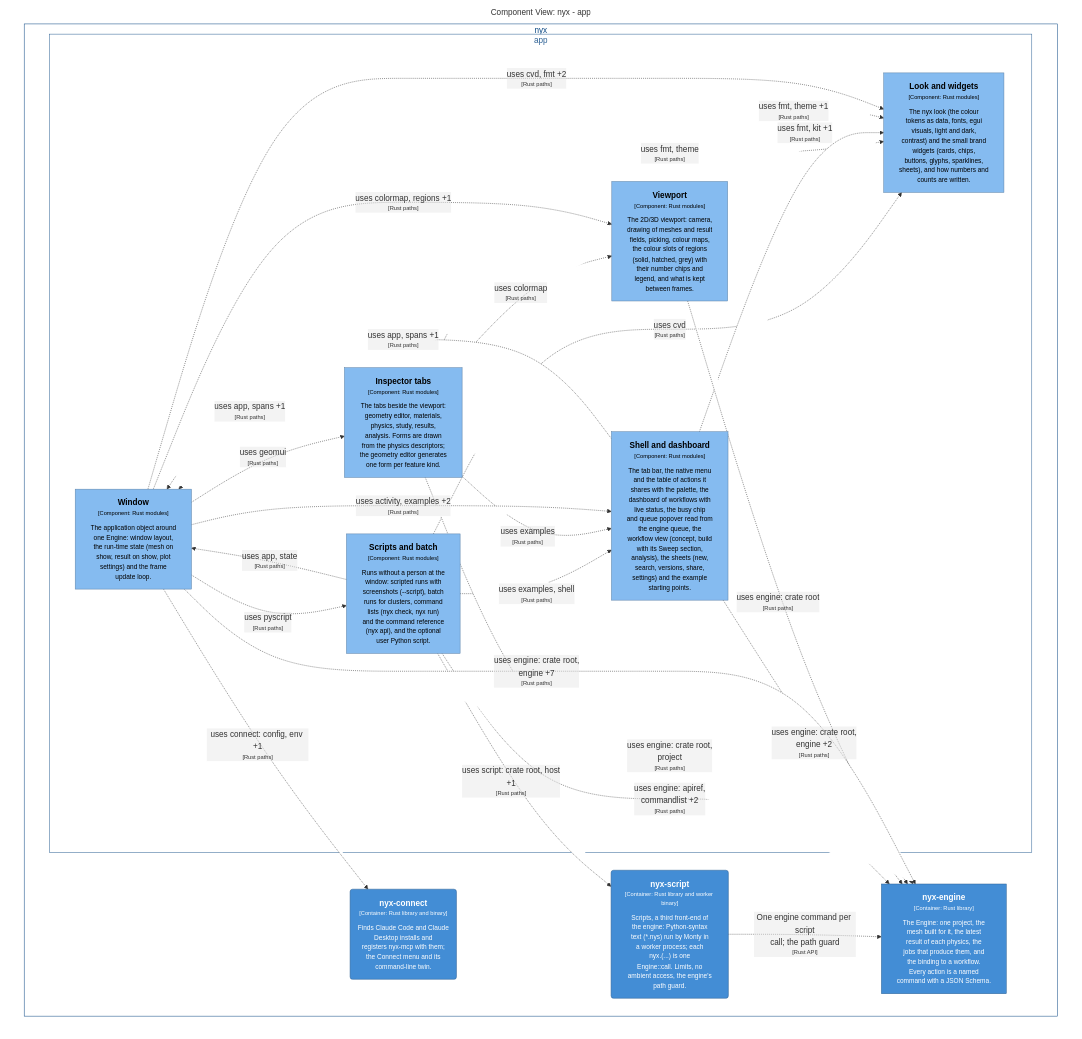
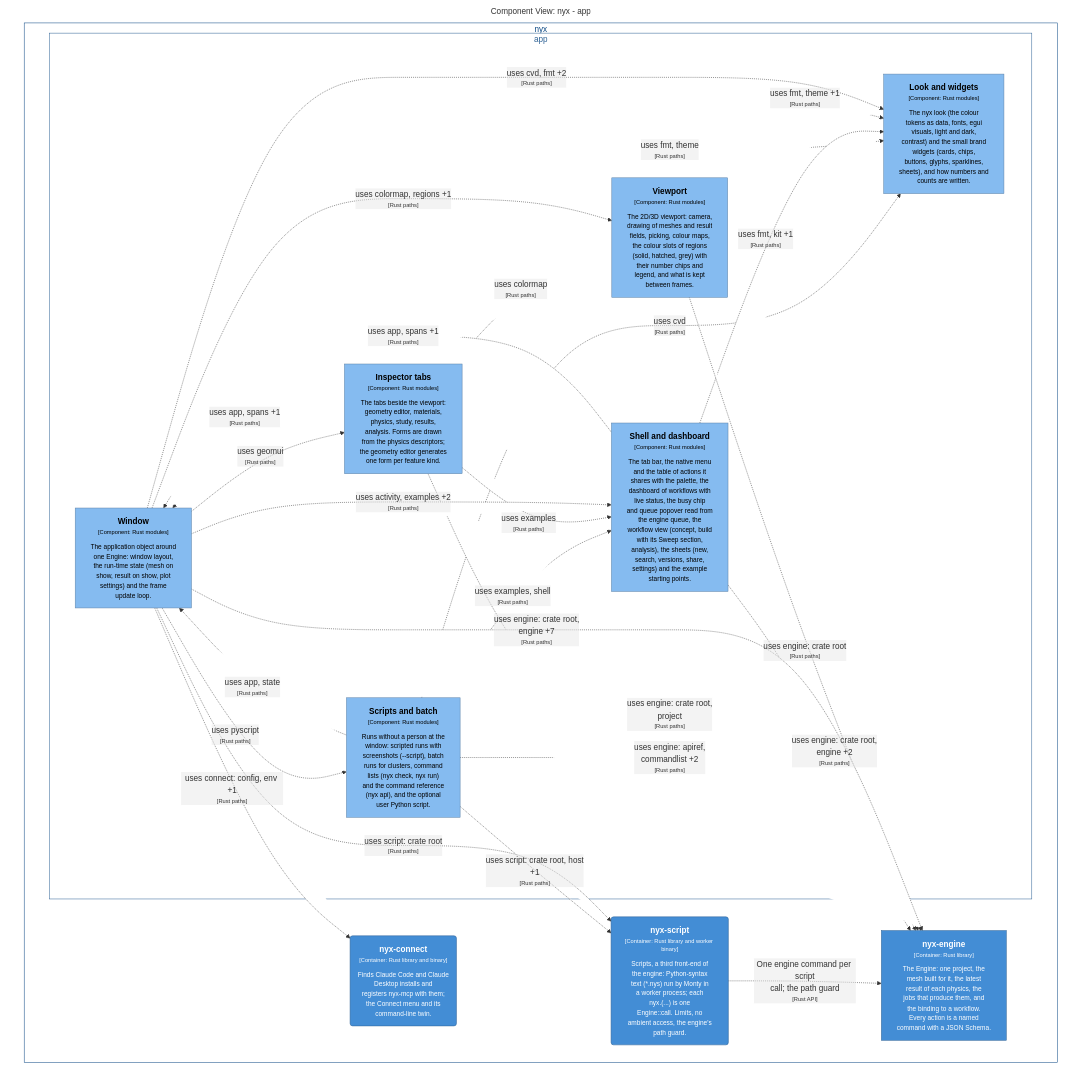
One commit to p-j-r/nyx changed the diagram in docs/architecture/c4/export/mermaid/structurizr-Components_app.mmd. Above: the diagram before and after it, drawn with Mermaid. The commit also changed 39 other files, not shown here.

```diff
--- a/docs/architecture/c4/export/mermaid/structurizr-Components_app.mmd
+++ b/docs/architecture/c4/export/mermaid/structurizr-Components_app.mmd
@@ -1,59 +1,60 @@
 graph TB
   linkStyle default fill:#ffffff
 
   subgraph diagram ["Component View: nyx - app"]
     style diagram fill:#ffffff,stroke:#ffffff
 
     subgraph 5 ["nyx"]
       style 5 fill:#ffffff,stroke:#0b4884,color:#0b4884
 
       subgraph 6 ["app"]
         style 6 fill:#ffffff,stroke:#2e6295,color:#2e6295
 
         10["<div style='font-weight: bold'>Viewport</div><div style='font-size: 70%; margin-top: 0px'>[Component: Rust modules]</div><div style='font-size: 80%; margin-top:10px'>The 2D/3D viewport: camera,<br />drawing of meshes and result<br />fields, picking, colour maps,<br />the colour slots of regions<br />(solid, hatched, grey) with<br />their number chips and<br />legend, and what is kept<br />between frames.</div>"]
         style 10 fill:#85bbf0,stroke:#5d82a8,color:#000000
         11["<div style='font-weight: bold'>Look and widgets</div><div style='font-size: 70%; margin-top: 0px'>[Component: Rust modules]</div><div style='font-size: 80%; margin-top:10px'>The nyx look (the colour<br />tokens as data, fonts, egui<br />visuals, light and dark,<br />contrast) and the small brand<br />widgets (cards, chips,<br />buttons, glyphs, sparklines,<br />sheets), and how numbers and<br />counts are written.</div>"]
         style 11 fill:#85bbf0,stroke:#5d82a8,color:#000000
         12["<div style='font-weight: bold'>Scripts and batch</div><div style='font-size: 70%; margin-top: 0px'>[Component: Rust modules]</div><div style='font-size: 80%; margin-top:10px'>Runs without a person at the<br />window: scripted runs with<br />screenshots (--script), batch<br />runs for clusters, command<br />lists (nyx check, nyx run)<br />and the command reference<br />(nyx api), and the optional<br />user Python script.</div>"]
         style 12 fill:#85bbf0,stroke:#5d82a8,color:#000000
         7["<div style='font-weight: bold'>Window</div><div style='font-size: 70%; margin-top: 0px'>[Component: Rust modules]</div><div style='font-size: 80%; margin-top:10px'>The application object around<br />one Engine: window layout,<br />the run-time state (mesh on<br />show, result on show, plot<br />settings) and the frame<br />update loop.</div>"]
         style 7 fill:#85bbf0,stroke:#5d82a8,color:#000000
         8["<div style='font-weight: bold'>Shell and dashboard</div><div style='font-size: 70%; margin-top: 0px'>[Component: Rust modules]</div><div style='font-size: 80%; margin-top:10px'>The tab bar, the native menu<br />and the table of actions it<br />shares with the palette, the<br />dashboard of workflows with<br />live status, the busy chip<br />and queue popover read from<br />the engine queue, the<br />workflow view (concept, build<br />with its Sweep section,<br />analysis), the sheets (new,<br />search, versions, share,<br />settings) and the example<br />starting points.</div>"]
         style 8 fill:#85bbf0,stroke:#5d82a8,color:#000000
         9["<div style='font-weight: bold'>Inspector tabs</div><div style='font-size: 70%; margin-top: 0px'>[Component: Rust modules]</div><div style='font-size: 80%; margin-top:10px'>The tabs beside the viewport:<br />geometry editor, materials,<br />physics, study, results,<br />analysis. Forms are drawn<br />from the physics descriptors;<br />the geometry editor generates<br />one form per feature kind.</div>"]
         style 9 fill:#85bbf0,stroke:#5d82a8,color:#000000
       end
 
       16("<div style='font-weight: bold'>nyx-script</div><div style='font-size: 70%; margin-top: 0px'>[Container: Rust library and worker binary]</div><div style='font-size: 80%; margin-top:10px'>Scripts, a third front-end of<br />the engine: Python-syntax<br />text (*.nys) run by Monty in<br />a worker process; each<br />nyx.<command>(...) is one<br />Engine::call. Limits, no<br />ambient access, the engine's<br />path guard.</div>")
       style 16 fill:#438dd5,stroke:#2e6295,color:#ffffff
       22("<div style='font-weight: bold'>nyx-connect</div><div style='font-size: 70%; margin-top: 0px'>[Container: Rust library and binary]</div><div style='font-size: 80%; margin-top:10px'>Finds Claude Code and Claude<br />Desktop installs and<br />registers nyx-mcp with them;<br />the Connect menu and its<br />command-line twin.</div>")
       style 22 fill:#438dd5,stroke:#2e6295,color:#ffffff
       28["<div style='font-weight: bold'>nyx-engine</div><div style='font-size: 70%; margin-top: 0px'>[Container: Rust library]</div><div style='font-size: 80%; margin-top:10px'>The Engine: one project, the<br />mesh built for it, the latest<br />result of each physics, the<br />jobs that produce them, and<br />the binding to a workflow.<br />Every action is a named<br />command with a JSON Schema.</div>"]
       style 28 fill:#438dd5,stroke:#2e6295,color:#ffffff
     end
 
     16-. "<div>One engine command per script<br />call; the path guard</div><div style='font-size: 70%'>[Rust API]</div>" .->28
     12-. "<div>uses engine: apiref,<br />commandlist +2</div><div style='font-size: 70%'>[Rust paths]</div>" .->28
     12-. "<div>uses script: crate root, host<br />+1</div><div style='font-size: 70%'>[Rust paths]</div>" .->16
     12-. "<div>uses examples, shell</div><div style='font-size: 70%'>[Rust paths]</div>" .->8
     12-. "<div>uses cvd</div><div style='font-size: 70%'>[Rust paths]</div>" .->11
     12-. "<div>uses app, state</div><div style='font-size: 70%'>[Rust paths]</div>" .->7
     9-. "<div>uses engine: crate root,<br />project</div><div style='font-size: 70%'>[Rust paths]</div>" .->28
     9-. "<div>uses examples</div><div style='font-size: 70%'>[Rust paths]</div>" .->8
     9-. "<div>uses fmt, theme</div><div style='font-size: 70%'>[Rust paths]</div>" .->11
     9-. "<div>uses colormap</div><div style='font-size: 70%'>[Rust paths]</div>" .->10
     9-. "<div>uses app, spans +1</div><div style='font-size: 70%'>[Rust paths]</div>" .->7
     8-. "<div>uses engine: crate root,<br />engine +2</div><div style='font-size: 70%'>[Rust paths]</div>" .->28
     8-. "<div>uses fmt, kit +1</div><div style='font-size: 70%'>[Rust paths]</div>" .->11
     8-. "<div>uses app, spans +1</div><div style='font-size: 70%'>[Rust paths]</div>" .->7
     10-. "<div>uses engine: crate root</div><div style='font-size: 70%'>[Rust paths]</div>" .->28
     10-. "<div>uses fmt, theme +1</div><div style='font-size: 70%'>[Rust paths]</div>" .->11
     7-. "<div>uses connect: config, env +1</div><div style='font-size: 70%'>[Rust paths]</div>" .->22
     7-. "<div>uses engine: crate root,<br />engine +7</div><div style='font-size: 70%'>[Rust paths]</div>" .->28
+    7-. "<div>uses script: crate root</div><div style='font-size: 70%'>[Rust paths]</div>" .->16
     7-. "<div>uses pyscript</div><div style='font-size: 70%'>[Rust paths]</div>" .->12
     7-. "<div>uses geomui</div><div style='font-size: 70%'>[Rust paths]</div>" .->9
     7-. "<div>uses activity, examples +2</div><div style='font-size: 70%'>[Rust paths]</div>" .->8
     7-. "<div>uses cvd, fmt +2</div><div style='font-size: 70%'>[Rust paths]</div>" .->11
     7-. "<div>uses colormap, regions +1</div><div style='font-size: 70%'>[Rust paths]</div>" .->10
 
   end
```
